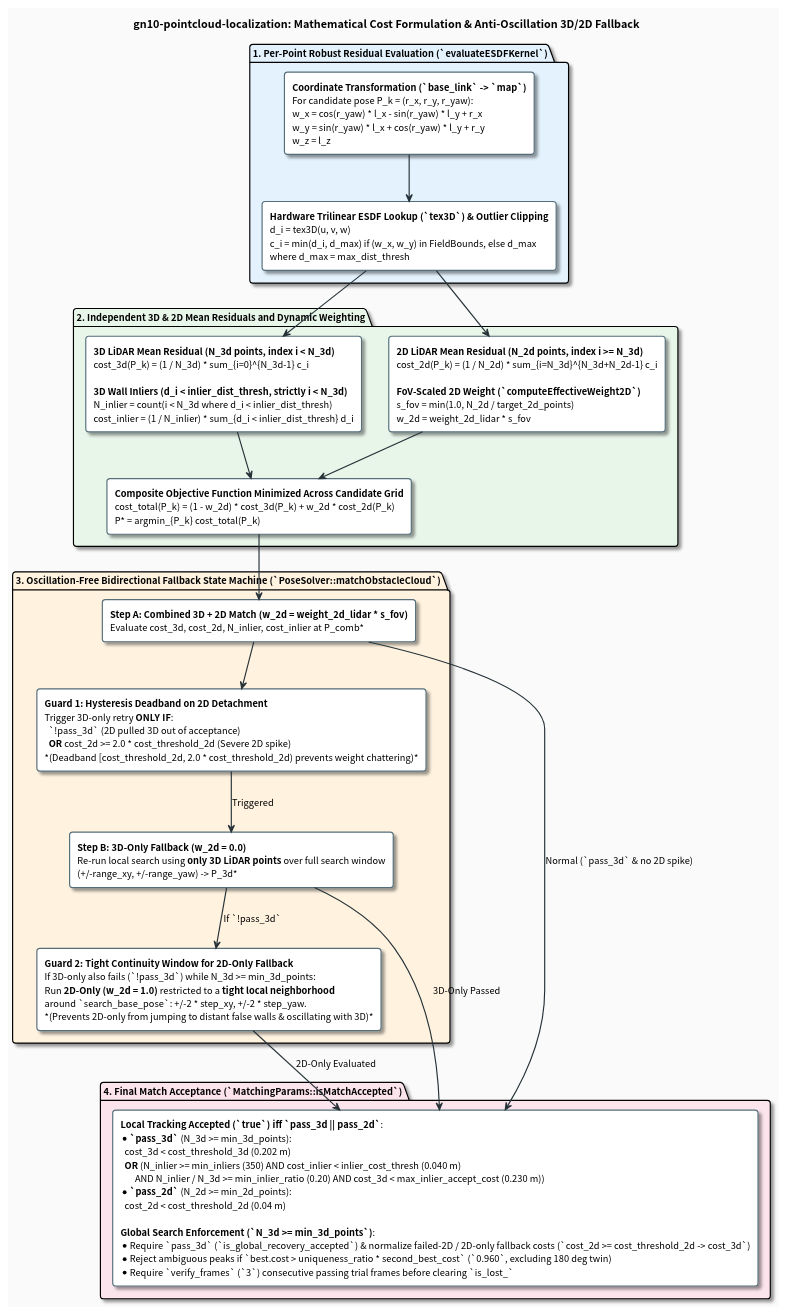
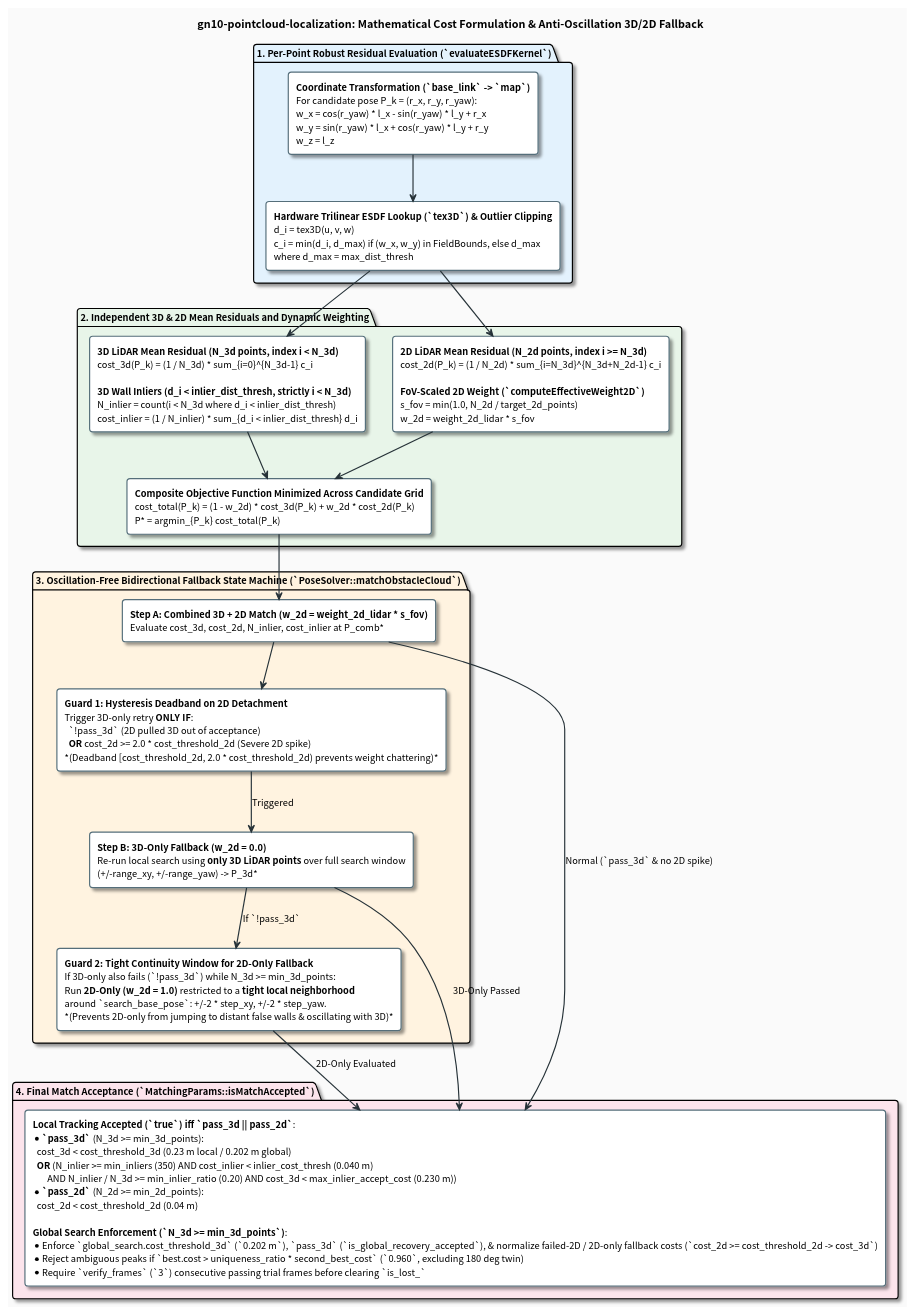
Before and after one commit to tmcit-ararobo-2026a/gn10-pointcloud-localization: the diagram in docs/matching_cost_and_weighting.pu, drawn with PlantUML. The commit also changed 12 other files, not shown here.

Commit message:
fix(global_search): decouple global_search.cost_threshold_3d from local tracking

```diff
--- a/docs/matching_cost_and_weighting.pu
+++ b/docs/matching_cost_and_weighting.pu
@@ -1,70 +1,70 @@
 @startuml matching_cost_and_weighting
 skinparam backgroundColor #FAFAFA
 skinparam defaultFontName "Roboto, Noto Sans CJK JP, sans-serif"
 skinparam defaultFontSize 12
 skinparam roundCorner 8
 skinparam shadowing true
 skinparam ArrowColor #263238
 skinparam ArrowThickness 1.5
 
 skinparam rectangle {
     BackgroundColor #FFFFFF
     BorderColor #546E7A
     BorderThickness 1.5
 }
 
 skinparam note {
     BackgroundColor #FFF8E1
     BorderColor #FFB300
     FontColor #263238
 }
 
 title **gn10-pointcloud-localization: Mathematical Cost Formulation & Anti-Oscillation 3D/2D Fallback**
 
 package "1. Per-Point Robust Residual Evaluation (`evaluateESDFKernel`)" #E3F2FD {
     rectangle "**Coordinate Transformation (`base_link` -> `map`)**\nFor candidate pose P_k = (r_x, r_y, r_yaw):\nw_x = cos(r_yaw) * l_x - sin(r_yaw) * l_y + r_x\nw_y = sin(r_yaw) * l_x + cos(r_yaw) * l_y + r_y\nw_z = l_z" as TF_EQ
 
     rectangle "**Hardware Trilinear ESDF Lookup (`tex3D`) & Outlier Clipping**\nd_i = tex3D(u, v, w)\nc_i = min(d_i, d_max) if (w_x, w_y) in FieldBounds, else d_max\nwhere d_max = max_dist_thresh" as CLIP_EQ
 
     TF_EQ -down-> CLIP_EQ
 }
 
 package "2. Independent 3D & 2D Mean Residuals and Dynamic Weighting" #E8F5E9 {
     rectangle "**3D LiDAR Mean Residual (N_3d points, index i < N_3d)**\ncost_3d(P_k) = (1 / N_3d) * sum_{i=0}^{N_3d-1} c_i\n\n**3D Wall Inliers (d_i < inlier_dist_thresh, strictly i < N_3d)**\nN_inlier = count(i < N_3d where d_i < inlier_dist_thresh)\ncost_inlier = (1 / N_inlier) * sum_{d_i < inlier_dist_thresh} d_i" as COST_3D
 
     rectangle "**2D LiDAR Mean Residual (N_2d points, index i >= N_3d)**\ncost_2d(P_k) = (1 / N_2d) * sum_{i=N_3d}^{N_3d+N_2d-1} c_i\n\n**FoV-Scaled 2D Weight (`computeEffectiveWeight2D`)**\ns_fov = min(1.0, N_2d / target_2d_points)\nw_2d = weight_2d_lidar * s_fov" as COST_2D
 
     rectangle "**Composite Objective Function Minimized Across Candidate Grid**\ncost_total(P_k) = (1 - w_2d) * cost_3d(P_k) + w_2d * cost_2d(P_k)\nP* = argmin_{P_k} cost_total(P_k)" as COMP_EQ
 
     COST_3D -down-> COMP_EQ
     COST_2D -down-> COMP_EQ
 }
 
 CLIP_EQ -down-> COST_3D
 CLIP_EQ -down-> COST_2D
 
 package "3. Oscillation-Free Bidirectional Fallback State Machine (`PoseSolver::matchObstacleCloud`)" #FFF3E0 {
     rectangle "**Step A: Combined 3D + 2D Match (w_2d = weight_2d_lidar * s_fov)**\nEvaluate cost_3d, cost_2d, N_inlier, cost_inlier at P_comb*" as STEP_A
 
     rectangle "**Guard 1: Hysteresis Deadband on 2D Detachment**\nTrigger 3D-only retry **ONLY IF**:\n  `!pass_3d` (2D pulled 3D out of acceptance)\n  **OR** cost_2d >= 2.0 * cost_threshold_2d (Severe 2D spike)\n*(Deadband [cost_threshold_2d, 2.0 * cost_threshold_2d) prevents weight chattering)*" as GUARD_1
 
     rectangle "**Step B: 3D-Only Fallback (w_2d = 0.0)**\nRe-run local search using **only 3D LiDAR points** over full search window\n(+/-range_xy, +/-range_yaw) -> P_3d*" as STEP_B
 
     rectangle "**Guard 2: Tight Continuity Window for 2D-Only Fallback**\nIf 3D-only also fails (`!pass_3d`) while N_3d >= min_3d_points:\nRun **2D-Only (w_2d = 1.0)** restricted to a **tight local neighborhood**\naround `search_base_pose`: +/-2 * step_xy, +/-2 * step_yaw.\n*(Prevents 2D-only from jumping to distant false walls & oscillating with 3D)*" as STEP_C
 
     STEP_A -down-> GUARD_1
     GUARD_1 -down-> STEP_B : Triggered
     STEP_B -down-> STEP_C : If `!pass_3d`
 }
 
 COMP_EQ -down-> STEP_A
 
 package "4. Final Match Acceptance (`MatchingParams::isMatchAccepted`)" #FCE4EC {
-    rectangle "**Local Tracking Accepted (`true`) iff `pass_3d || pass_2d`**:\n* **`pass_3d`** (N_3d >= min_3d_points):\n  cost_3d < cost_threshold_3d (0.202 m)\n  **OR** (N_inlier >= min_inliers (350) AND cost_inlier < inlier_cost_thresh (0.040 m)\n       AND N_inlier / N_3d >= min_inlier_ratio (0.20) AND cost_3d < max_inlier_accept_cost (0.230 m))\n* **`pass_2d`** (N_2d >= min_2d_points):\n  cost_2d < cost_threshold_2d (0.04 m)\n\n**Global Search Enforcement (`N_3d >= min_3d_points`)**:\n* Require `pass_3d` (`is_global_recovery_accepted`) & normalize failed-2D / 2D-only fallback costs (`cost_2d >= cost_threshold_2d -> cost_3d`)\n* Reject ambiguous peaks if `best.cost > uniqueness_ratio * second_best_cost` (`0.960`, excluding 180 deg twin)\n* Require `verify_frames` (`3`) consecutive passing trial frames before clearing `is_lost_`" as FINAL_ACCEPT
+    rectangle "**Local Tracking Accepted (`true`) iff `pass_3d || pass_2d`**:\n* **`pass_3d`** (N_3d >= min_3d_points):\n  cost_3d < cost_threshold_3d (0.23 m local / 0.202 m global)\n  **OR** (N_inlier >= min_inliers (350) AND cost_inlier < inlier_cost_thresh (0.040 m)\n       AND N_inlier / N_3d >= min_inlier_ratio (0.20) AND cost_3d < max_inlier_accept_cost (0.230 m))\n* **`pass_2d`** (N_2d >= min_2d_points):\n  cost_2d < cost_threshold_2d (0.04 m)\n\n**Global Search Enforcement (`N_3d >= min_3d_points`)**:\n* Enforce `global_search.cost_threshold_3d` (`0.202 m`), `pass_3d` (`is_global_recovery_accepted`), & normalize failed-2D / 2D-only fallback costs (`cost_2d >= cost_threshold_2d -> cost_3d`)\n* Reject ambiguous peaks if `best.cost > uniqueness_ratio * second_best_cost` (`0.960`, excluding 180 deg twin)\n* Require `verify_frames` (`3`) consecutive passing trial frames before clearing `is_lost_`" as FINAL_ACCEPT
 }
 
 STEP_A -down-> FINAL_ACCEPT : Normal (`pass_3d` & no 2D spike)
 STEP_B -down-> FINAL_ACCEPT : 3D-Only Passed
 STEP_C -down-> FINAL_ACCEPT : 2D-Only Evaluated
 
 @enduml
```
